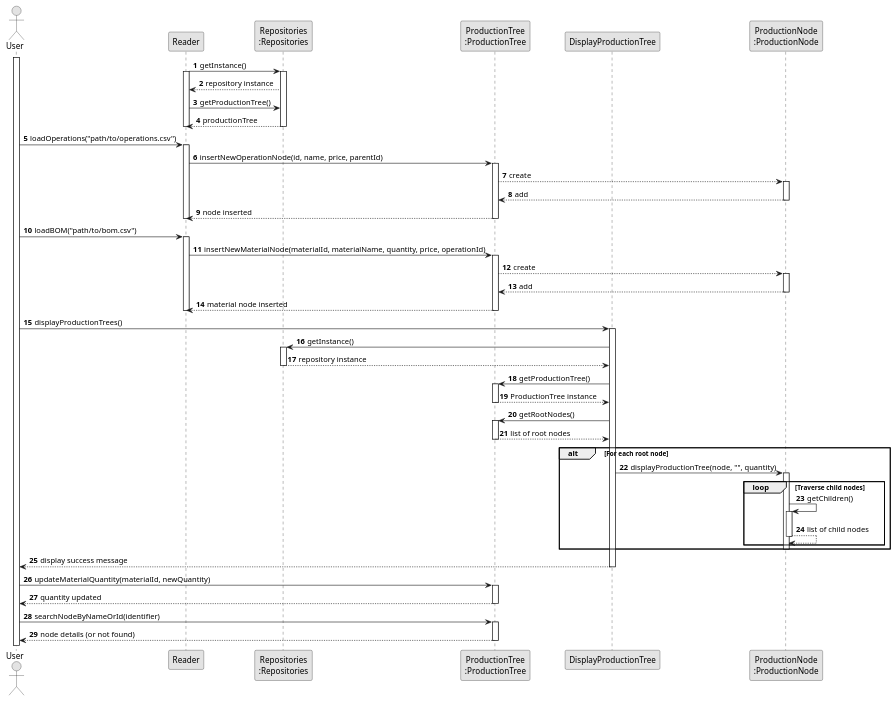
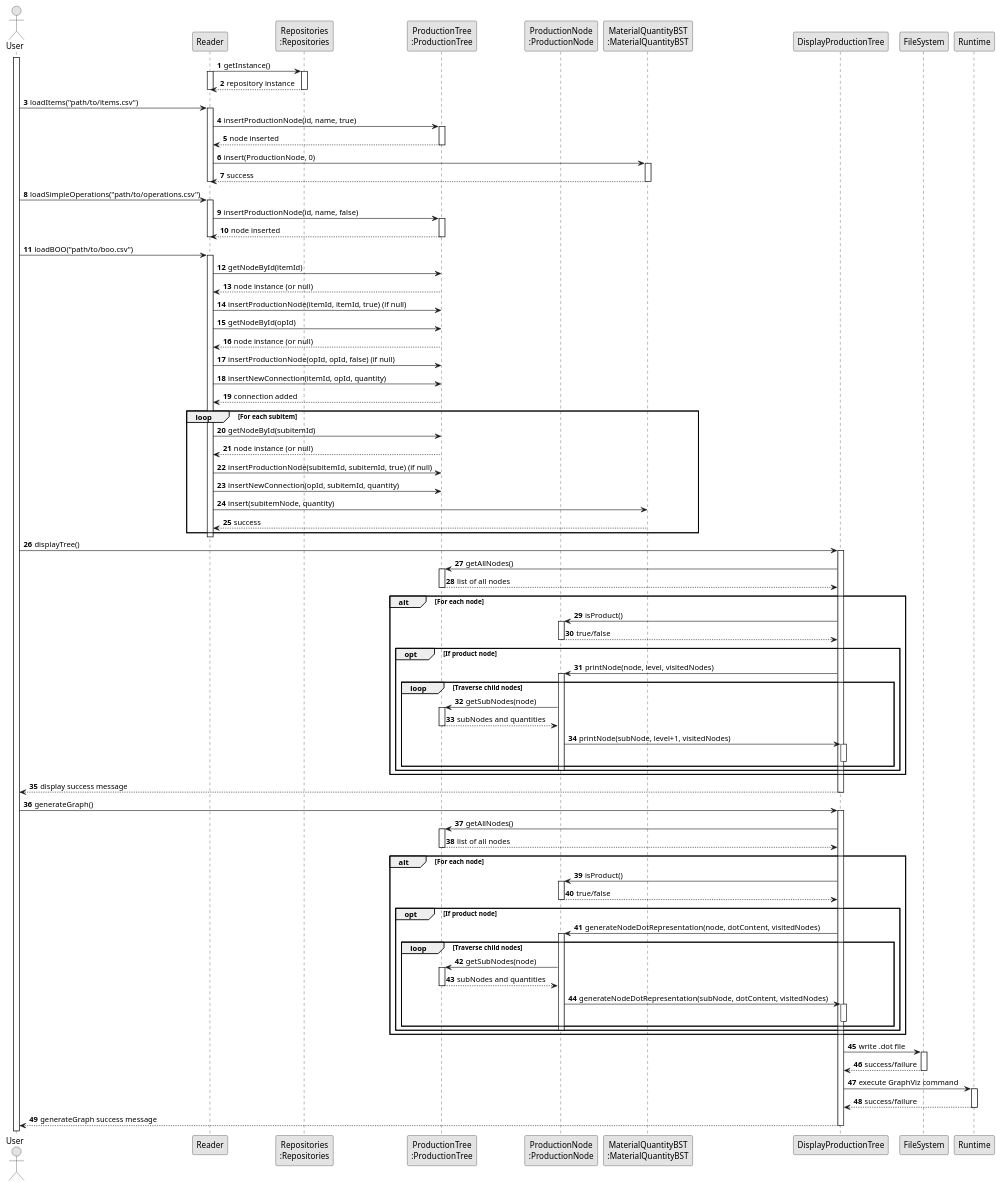
Before and after one commit to ricardomm7/buildflow: the diagram in others/documentation/usEI09/design/puml/sequence-diagram.puml, drawn with PlantUML. The commit also changed 37 other files, not shown here.

```diff
--- a/others/documentation/usEI09/design/puml/sequence-diagram.puml
+++ b/others/documentation/usEI09/design/puml/sequence-diagram.puml
@@ -1,98 +1,150 @@
 @startuml
 skinparam monochrome true
 skinparam packageStyle rectangle
 skinparam shadowing false
 
 autonumber
 
 actor "User" as User
 participant "Reader" as Reader
 participant "Repositories\n:Repositories" as Repositories
 participant "ProductionTree\n:ProductionTree" as ProductionTree
+participant "ProductionNode\n:ProductionNode" as ProductionNode
+participant "MaterialQuantityBST\n:MaterialQuantityBST" as MaterialQuantityBST
 participant "DisplayProductionTree" as DisplayProductionTree
-participant "ProductionNode\n:ProductionNode" as ProductionNode
 
 activate User
 
+' Step 1: Initialize Repositories
 Reader -> Repositories : getInstance()
 activate Reader
 activate Repositories
 Repositories --> Reader : repository instance
-Reader -> Repositories : getProductionTree()
-Repositories --> Reader : productionTree
+deactivate Repositories
+deactivate Reader
 
-deactivate "Reader"
-deactivate Repositories
+' Step 2: Load Items
+User -> Reader : loadItems("path/to/items.csv")
+activate Reader
+Reader -> ProductionTree : insertProductionNode(id, name, true)
+activate ProductionTree
+ProductionTree --> Reader : node inserted
+deactivate ProductionTree
+Reader -> MaterialQuantityBST : insert(ProductionNode, 0)
+activate MaterialQuantityBST
+MaterialQuantityBST --> Reader : success
+deactivate MaterialQuantityBST
+deactivate Reader
 
-User -> Reader : loadOperations("path/to/operations.csv")
+' Step 3: Load Simple Operations
+User -> Reader : loadSimpleOperations("path/to/operations.csv")
 activate Reader
-
-Reader -> ProductionTree : insertNewOperationNode(id, name, price, parentId)
+Reader -> ProductionTree : insertProductionNode(id, name, false)
 activate ProductionTree
-ProductionTree --> ProductionNode : create
-activate ProductionNode
-ProductionNode --> ProductionTree : add
-deactivate ProductionNode
 ProductionTree --> Reader : node inserted
 deactivate ProductionTree
 deactivate Reader
 
-User -> Reader : loadBOM("path/to/bom.csv")
+' Step 4: Load Bill of Operations (BOO)
+User -> Reader : loadBOO("path/to/boo.csv")
 activate Reader
+Reader -> ProductionTree : getNodeById(itemId)
+ProductionTree --> Reader : node instance (or null)
+Reader -> ProductionTree : insertProductionNode(itemId, itemId, true) (if null)
+Reader -> ProductionTree : getNodeById(opId)
+ProductionTree --> Reader : node instance (or null)
+Reader -> ProductionTree : insertProductionNode(opId, opId, false) (if null)
+Reader -> ProductionTree : insertNewConnection(itemId, opId, quantity)
+ProductionTree --> Reader : connection added
 
-Reader -> ProductionTree : insertNewMaterialNode(materialId, materialName, quantity, price, operationId)
+loop For each subitem
+    Reader -> ProductionTree : getNodeById(subitemId)
+    ProductionTree --> Reader : node instance (or null)
+    Reader -> ProductionTree : insertProductionNode(subitemId, subitemId, true) (if null)
+    Reader -> ProductionTree : insertNewConnection(opId, subitemId, quantity)
+    Reader -> MaterialQuantityBST : insert(subitemNode, quantity)
+    MaterialQuantityBST --> Reader : success
+end
+
+deactivate Reader
+
+' Step 5: Display Production Tree
+User -> DisplayProductionTree : displayTree()
+activate DisplayProductionTree
+
+DisplayProductionTree -> ProductionTree : getAllNodes()
 activate ProductionTree
-ProductionTree --> ProductionNode : create
-activate ProductionNode
-ProductionNode --> ProductionTree : add
-deactivate ProductionNode
-ProductionTree --> Reader : material node inserted
-deactivate "Reader"
+ProductionTree --> DisplayProductionTree : list of all nodes
 deactivate ProductionTree
 
-User -> DisplayProductionTree : displayProductionTrees()
-activate DisplayProductionTree
+alt For each node
+    DisplayProductionTree -> ProductionNode : isProduct()
+    activate ProductionNode
+    ProductionNode --> DisplayProductionTree : true/false
+    deactivate ProductionNode
 
-DisplayProductionTree -> Repositories : getInstance()
-activate Repositories
-Repositories --> DisplayProductionTree : repository instance
-deactivate Repositories
+    opt If product node
+        DisplayProductionTree -> ProductionNode : printNode(node, level, visitedNodes)
+        activate ProductionNode
+        loop Traverse child nodes
+            ProductionNode -> ProductionTree : getSubNodes(node)
+            activate ProductionTree
+            ProductionTree --> ProductionNode : subNodes and quantities
+            deactivate ProductionTree
 
-DisplayProductionTree -> ProductionTree : getProductionTree()
-activate ProductionTree
-ProductionTree --> DisplayProductionTree : ProductionTree instance
-deactivate ProductionTree
-
-DisplayProductionTree -> ProductionTree : getRootNodes()
-activate ProductionTree
-ProductionTree --> DisplayProductionTree : list of root nodes
-deactivate ProductionTree
-
-alt For each root node
-    DisplayProductionTree -> ProductionNode : displayProductionTree(node, "", quantity)
-    activate ProductionNode
-
-    loop Traverse child nodes
-        ProductionNode -> ProductionNode : getChildren()
-        activate ProductionNode
-        ProductionNode --> ProductionNode : list of child nodes
+            ProductionNode -> DisplayProductionTree : printNode(subNode, level+1, visitedNodes)
+            activate DisplayProductionTree
+            deactivate DisplayProductionTree
+        end
         deactivate ProductionNode
     end
-
-    deactivate ProductionNode
 end
 
 DisplayProductionTree --> User : display success message
 deactivate DisplayProductionTree
 
-User -> ProductionTree : updateMaterialQuantity(materialId, newQuantity)
+' Step 6: Generate Graph
+User -> DisplayProductionTree : generateGraph()
+activate DisplayProductionTree
+
+DisplayProductionTree -> ProductionTree : getAllNodes()
 activate ProductionTree
-ProductionTree --> User : quantity updated
+ProductionTree --> DisplayProductionTree : list of all nodes
 deactivate ProductionTree
 
-User -> ProductionTree : searchNodeByNameOrId(identifier)
-activate ProductionTree
-ProductionTree --> User : node details (or not found)
-deactivate ProductionTree
+alt For each node
+    DisplayProductionTree -> ProductionNode : isProduct()
+    activate ProductionNode
+    ProductionNode --> DisplayProductionTree : true/false
+    deactivate ProductionNode
 
+    opt If product node
+        DisplayProductionTree -> ProductionNode : generateNodeDotRepresentation(node, dotContent, visitedNodes)
+        activate ProductionNode
+        loop Traverse child nodes
+            ProductionNode -> ProductionTree : getSubNodes(node)
+            activate ProductionTree
+            ProductionTree --> ProductionNode : subNodes and quantities
+            deactivate ProductionTree
+
+            ProductionNode -> DisplayProductionTree : generateNodeDotRepresentation(subNode, dotContent, visitedNodes)
+            activate DisplayProductionTree
+            deactivate DisplayProductionTree
+        end
+        deactivate ProductionNode
+    end
+end
+
+DisplayProductionTree -> FileSystem : write .dot file
+activate FileSystem
+FileSystem --> DisplayProductionTree : success/failure
+deactivate FileSystem
+
+DisplayProductionTree -> Runtime : execute GraphViz command
+activate Runtime
+Runtime --> DisplayProductionTree : success/failure
+deactivate Runtime
+
+DisplayProductionTree --> User : generateGraph success message
+deactivate DisplayProductionTree
 @enduml
```
